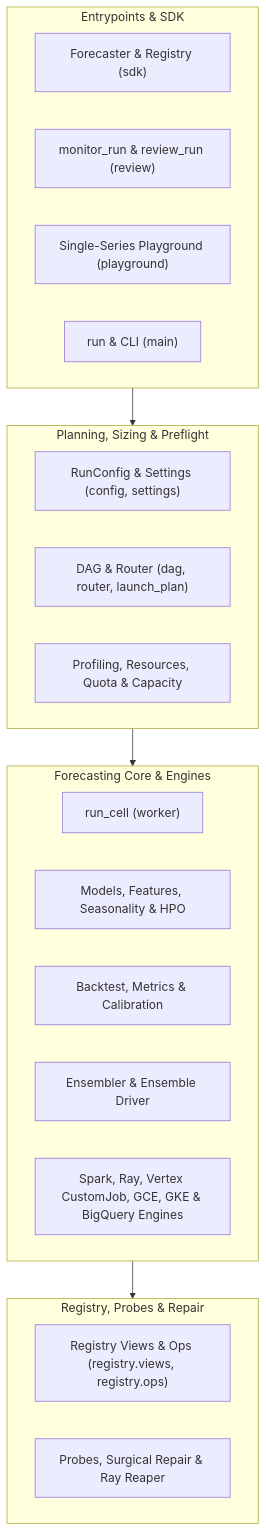
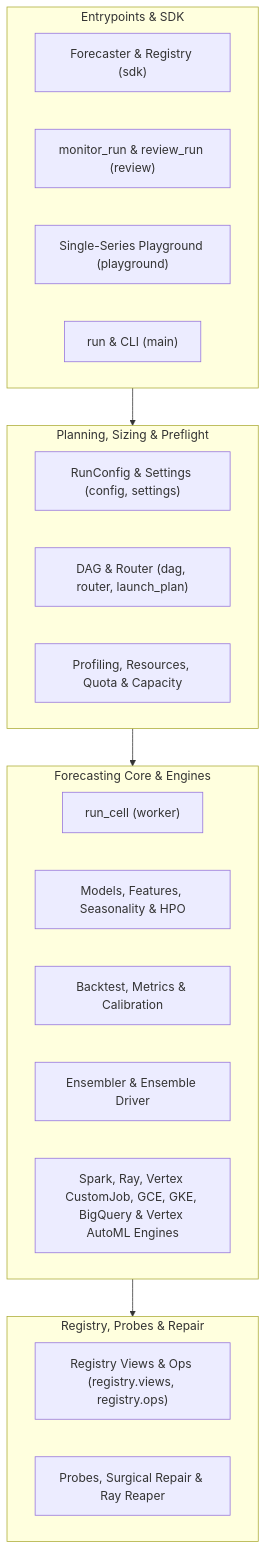
Before and after one commit to statmike/scale-forecasting: the diagram in docs/api/index.md, drawn with Mermaid. The commit also changed other lines of this file and 102 other files, not shown here.

Commit message:
feat(automl,explainability): add Vertex AI AutoML & Tabular Workflows (vertex_l2l, vertex_tide, vertex_tft, vertex_seq2seq), Two-Tier Feature Attributions, and repo-wide docs

````diff
--- a/docs/api/index.md
+++ b/docs/api/index.md
@@ -5,26 +5,26 @@
 ```mermaid
 flowchart TD
     subgraph Entry["Entrypoints & SDK"]
         SDK["Forecaster & Registry (sdk)"]
         REV["monitor_run & review_run (review)"]
         PG["Single-Series Playground (playground)"]
         MAIN["run & CLI (main)"]
     end
     subgraph Plan["Planning, Sizing & Preflight"]
         CFG["RunConfig & Settings (config, settings)"]
         DAG["DAG & Router (dag, router, launch_plan)"]
         PROF["Profiling, Resources, Quota & Capacity"]
     end
     subgraph Core["Forecasting Core & Engines"]
         WRK["run_cell (worker)"]
         MOD["Models, Features, Seasonality & HPO"]
         BT["Backtest, Metrics & Calibration"]
         ENS["Ensembler & Ensemble Driver"]
-        ENG["Spark, Ray, Vertex CustomJob, GCE, GKE & BigQuery Engines"]
+        ENG["Spark, Ray, Vertex CustomJob, GCE, GKE, BigQuery & Vertex AutoML Engines"]
     end
     subgraph Ops["Registry, Probes & Repair"]
         REG["Registry Views & Ops (registry.views, registry.ops)"]
         PRB["Probes, Surgical Repair & Ray Reaper"]
     end
     Entry --> Plan --> Core --> Ops
 ```
````
